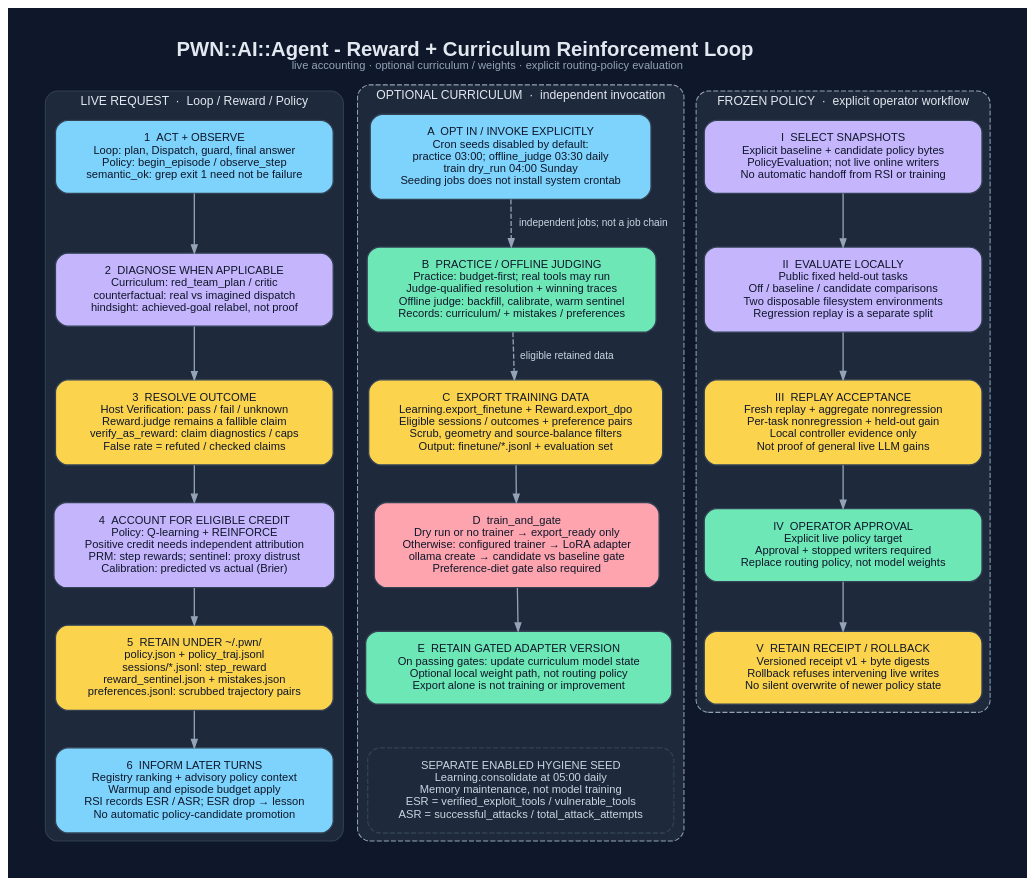
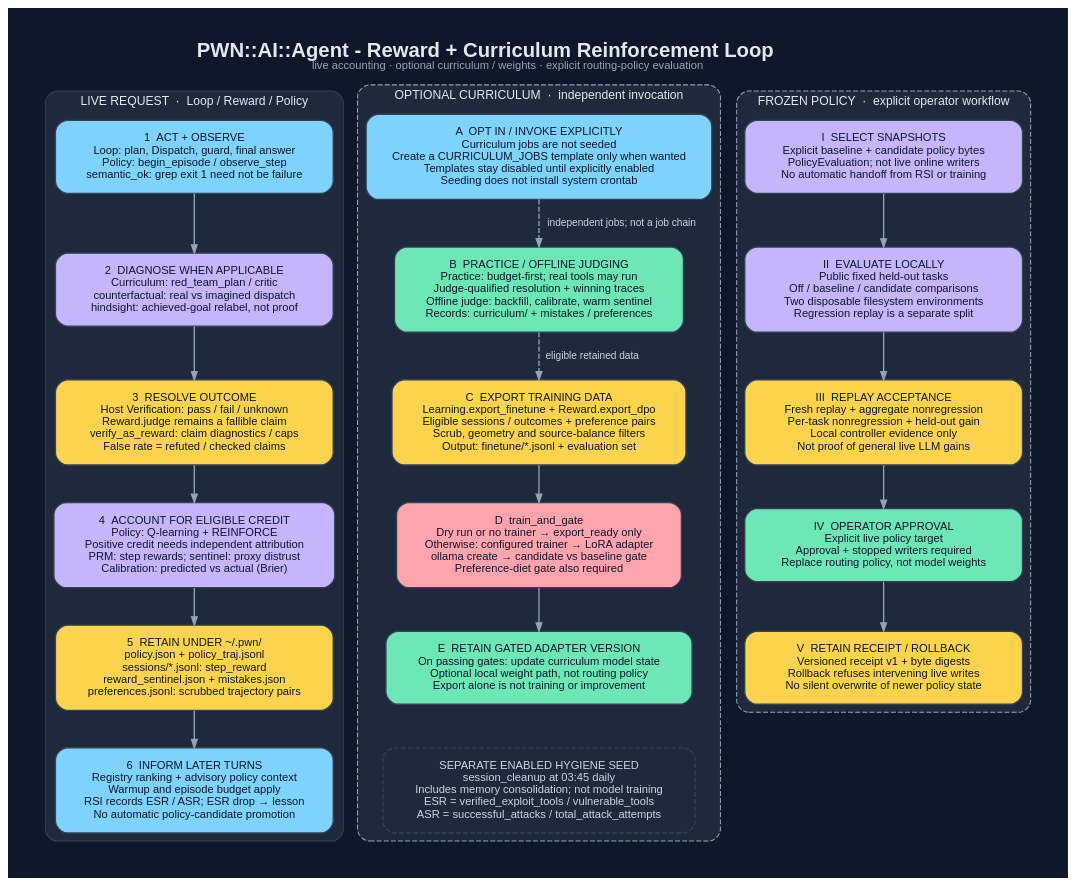
Before and after one commit to 0dayInc/pwn: the diagram in documentation/diagrams/dot/reinforcement-learning.dot, drawn with Graphviz. The commit also changed 23 other files, not shown here.

```diff
--- a/documentation/diagrams/dot/reinforcement-learning.dot
+++ b/documentation/diagrams/dot/reinforcement-learning.dot
@@ -1,58 +1,58 @@
 digraph "PWN_Reinforcement_Learning" {
   graph [
     label=<<B>PWN::AI::Agent - Reward + Curriculum Reinforcement Loop</B><BR/><FONT POINT-SIZE="11" COLOR="#94a3b8">live accounting · optional curriculum / weights · explicit routing-policy evaluation</FONT>>,
     labelloc=t, fontsize=20, fontname="Helvetica",
     rankdir=TB, splines=polyline, nodesep=0.45, ranksep=0.48,
     bgcolor="#0f172a", fontcolor="#e2e8f0", pad=0.4, newrank=true
   ];
   node [fontname="Helvetica", fontsize=11, style="filled,rounded",
         shape=box, penwidth=1.3, color="#334155", fontcolor="#0f172a",
         fillcolor="#c4b5fd", margin="0.20,0.16", width=3.8];
   edge [fontname="Helvetica", fontsize=10, color="#94a3b8",
         fontcolor="#cbd5e1", penwidth=1.3, arrowsize=0.8];
 
   // Independent lifecycles, not a mandatory pipeline from each live request.
   subgraph cluster_live {
     label="LIVE REQUEST  ·  Loop / Reward / Policy"; fontsize=12;
     style="rounded,filled"; color="#334155"; fillcolor="#1e293b";
     Run [fillcolor="#7dd3fc", label="1  ACT + OBSERVE\nLoop: plan, Dispatch, guard, final answer\nPolicy: begin_episode / observe_step\nsemantic_ok: grep exit 1 need not be failure"];
     Diagnose [label="2  DIAGNOSE WHEN APPLICABLE\nCurriculum: red_team_plan / critic\ncounterfactual: real vs imagined dispatch\nhindsight: achieved-goal relabel, not proof"];
     Evidence [fillcolor="#fcd34d", label="3  RESOLVE OUTCOME\nHost Verification: pass / fail / unknown\nReward.judge remains a fallible claim\nverify_as_reward: claim diagnostics / caps\nFalse rate = refuted / checked claims"];
     Credit [label="4  ACCOUNT FOR ELIGIBLE CREDIT\nPolicy: Q-learning + REINFORCE\nPositive credit needs independent attribution\nPRM: step rewards; sentinel: proxy distrust\nCalibration: predicted vs actual (Brier)"];
     Retain [fillcolor="#fcd34d", label="5  RETAIN UNDER ~/.pwn/\npolicy.json + policy_traj.jsonl\nsessions/*.jsonl: step_reward\nreward_sentinel.json + mistakes.json\npreferences.jsonl: scrubbed trajectory pairs"];
     Later [fillcolor="#7dd3fc", label="6  INFORM LATER TURNS\nRegistry ranking + advisory policy context\nWarmup and episode budget apply\nRSI records ESR / ASR; ESR drop → lesson\nNo automatic policy-candidate promotion"];
     Run -> Diagnose -> Evidence -> Credit -> Retain -> Later;
   }
 
   subgraph cluster_curriculum {
     label="OPTIONAL CURRICULUM  ·  independent invocation"; fontsize=12;
     style="rounded,dashed,filled"; color="#94a3b8"; fillcolor="#1e293b";
-    Schedule [fillcolor="#7dd3fc", label="A  OPT IN / INVOKE EXPLICITLY\nCron seeds disabled by default:\npractice 03:00; offline_judge 03:30 daily\ntrain dry_run 04:00 Sunday\nSeeding jobs does not install system crontab"];
+    Schedule [fillcolor="#7dd3fc", label="A  OPT IN / INVOKE EXPLICITLY\nCurriculum jobs are not seeded\nCreate a CURRICULUM_JOBS template only when wanted\nTemplates stay disabled until explicitly enabled\nSeeding does not install system crontab"];
     Practice [fillcolor="#6ee7b7", label="B  PRACTICE / OFFLINE JUDGING\nPractice: budget-first; real tools may run\nJudge-qualified resolution + winning traces\nOffline judge: backfill, calibrate, warm sentinel\nRecords: curriculum/ + mistakes / preferences"];
     Export [fillcolor="#fcd34d", label="C  EXPORT TRAINING DATA\nLearning.export_finetune + Reward.export_dpo\nEligible sessions / outcomes + preference pairs\nScrub, geometry and source-balance filters\nOutput: finetune/*.jsonl + evaluation set"];
     Train [fillcolor="#fda4af", label="D  train_and_gate\nDry run or no trainer → export_ready only\nOtherwise: configured trainer → LoRA adapter\nollama create → candidate vs baseline gate\nPreference-diet gate also required"];
     Model [fillcolor="#6ee7b7", label="E  RETAIN GATED ADAPTER VERSION\nOn passing gates: update curriculum model state\nOptional local weight path, not routing policy\nExport alone is not training or improvement"];
     Hygiene [fillcolor="#1e293b", fontcolor="#cbd5e1", style="rounded,dashed,filled",
-      label="SEPARATE ENABLED HYGIENE SEED\nLearning.consolidate at 05:00 daily\nMemory maintenance, not model training\nESR = verified_exploit_tools / vulnerable_tools\nASR = successful_attacks / total_attack_attempts"];
+      label="SEPARATE ENABLED HYGIENE SEED\nsession_cleanup at 03:45 daily\nIncludes memory consolidation; not model training\nESR = verified_exploit_tools / vulnerable_tools\nASR = successful_attacks / total_attack_attempts"];
     Schedule -> Practice [label="independent jobs; not a job chain", style=dashed];
     Practice -> Export [label="eligible retained data", style=dashed];
     Export -> Train -> Model;
   }
 
   subgraph cluster_policy {
     label="FROZEN POLICY  ·  explicit operator workflow"; fontsize=12;
     style="rounded,dashed,filled"; color="#94a3b8"; fillcolor="#1e293b";
     Select [label="I  SELECT SNAPSHOTS\nExplicit baseline + candidate policy bytes\nPolicyEvaluation; not live online writers\nNo automatic handoff from RSI or training"];
     Eval [label="II  EVALUATE LOCALLY\nPublic fixed held-out tasks\nOff / baseline / candidate comparisons\nTwo disposable filesystem environments\nRegression replay is a separate split"];
     Gate [fillcolor="#fcd34d", label="III  REPLAY ACCEPTANCE\nFresh replay + aggregate nonregression\nPer-task nonregression + held-out gain\nLocal controller evidence only\nNot proof of general live LLM gains"];
     Approve [fillcolor="#6ee7b7", label="IV  OPERATOR APPROVAL\nExplicit live policy target\nApproval + stopped writers required\nReplace routing policy, not model weights"];
     Receipt [fillcolor="#fcd34d", label="V  RETAIN RECEIPT / ROLLBACK\nVersioned receipt v1 + byte digests\nRollback refuses intervening live writes\nNo silent overwrite of newer policy state"];
     Select -> Eval -> Gate -> Approve -> Receipt;
   }
   {rank=same; Run; Schedule; Select}
   {rank=same; Diagnose; Practice; Eval}
   {rank=same; Evidence; Export; Gate}
   {rank=same; Credit; Train; Approve}
   {rank=same; Retain; Model; Receipt}
   {rank=same; Later; Hygiene}
 }
```
